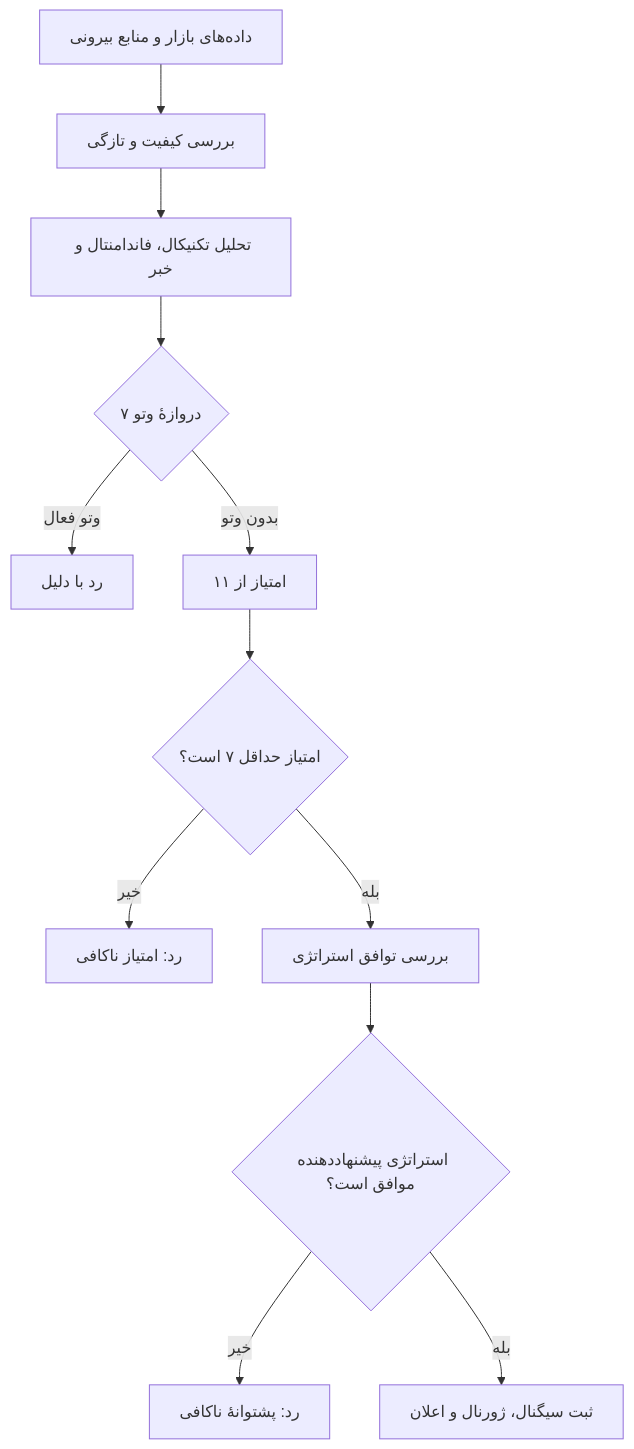
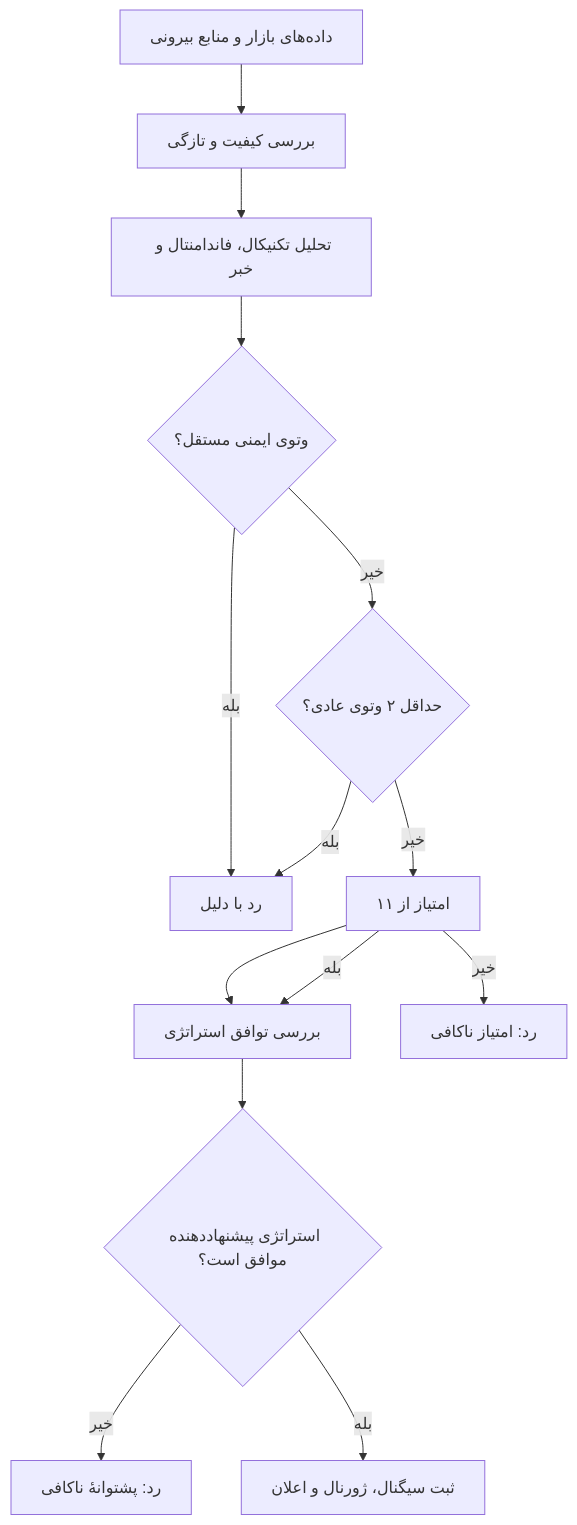
Before and after one commit to Suushian/Odin-Assistant: the first of 3 diagrams in README.md, drawn with Mermaid. The commit also changed other lines of this file, not shown here.

Commit message:
Update README for cumulative veto and five-point threshold

````diff
--- a/README.md
+++ b/README.md
@@ -39,14 +39,16 @@
 ```mermaid
 flowchart TD
     A["داده‌های بازار و منابع بیرونی"] --> B["بررسی کیفیت و تازگی"]
     B --> C["تحلیل تکنیکال، فاندامنتال و خبر"]
-    C --> D{"۷ دروازهٔ وتو"}
-    D -->|وتو فعال| X["رد با دلیل"]
-    D -->|بدون وتو| E["امتیاز از ۱۱"]
-    E --> F{"امتیاز حداقل ۷ است؟"}
+    C --> D{"وتوی ایمنی مستقل؟"}
+    D -->|بله| X["رد با دلیل"]
+    D -->|خیر| E{"حداقل ۲ وتوی عادی؟"}
+    E -->|بله| X
+    E -->|خیر| F["امتیاز از ۱۱"]
+    F --> G{"امتیاز حداقل ۵ است؟"}
     F -->|خیر| Y["رد: امتیاز ناکافی"]
     F -->|بله| G["بررسی توافق استراتژی"]
     G --> H{"استراتژی پیشنهاددهنده موافق است؟"}
     H -->|خیر| Z["رد: پشتوانهٔ ناکافی"]
     H -->|بله| I["ثبت سیگنال، ژورنال و اعلان"]
 ```
````
